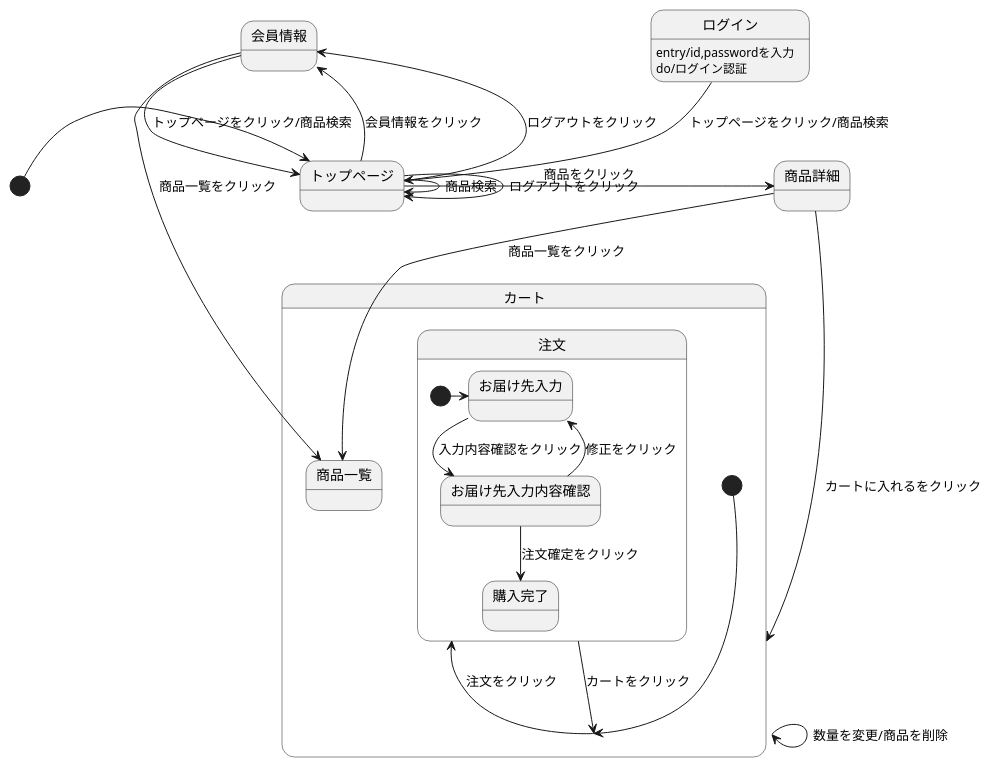
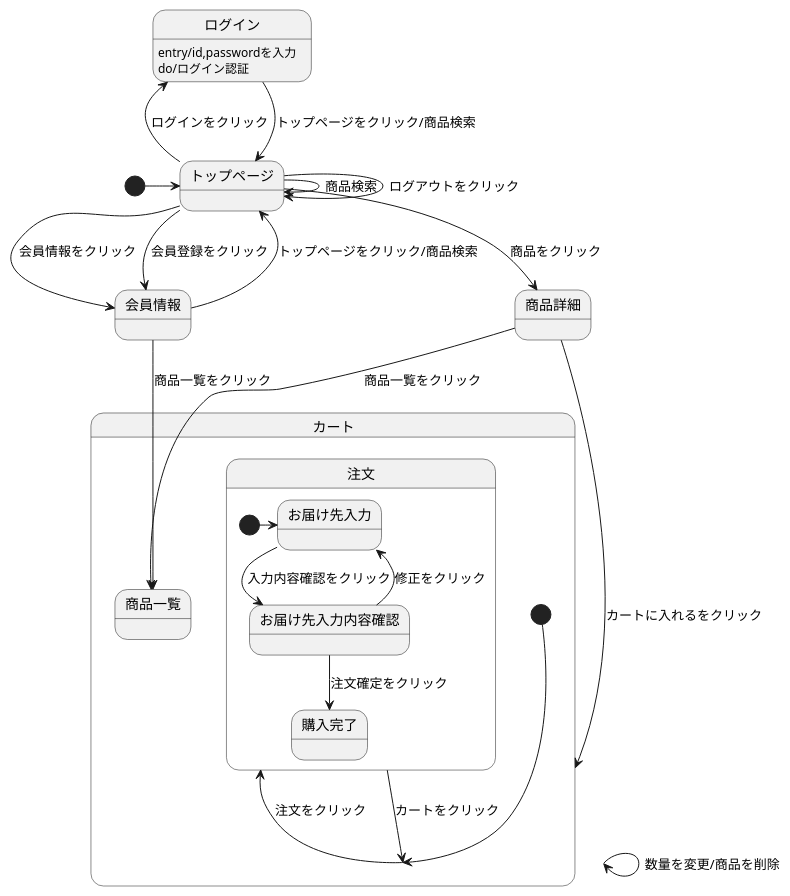
Before and after one commit to Aso2001369/2021sys-design: the diagram in stmmyshop.md, drawn with PlantUML.

````diff
--- a/stmmyshop.md
+++ b/stmmyshop.md
@@ -1,31 +1,32 @@
 ```uml
 @startuml
 
 [*] -> トップページ
 会員情報 --> トップページ : トップページをクリック/商品検索
 ログイン --> トップページ : トップページをクリック/商品検索
 ログイン : entry/id,passwordを入力
 ログイン : do/ログイン認証
 トップページ --> トップページ : ログアウトをクリック
 トップページ -> トップページ : 商品検索
 トップページ -> 商品詳細 : 商品をクリック
-トップページ -left> 会員情報 : ログアウトをクリック
+トップページ -left-> 会員情報 : 会員登録をクリック
+トップページ -left-> ログイン : ログインをクリック
 トップページ -> 会員情報 : 会員情報をクリック
 商品詳細 -> カート : カートに入れるをクリック
 state カート {
 [*] --> カート
 カート -> 注文 : 注文をクリック
 カート -> カート : 数量を変更/商品を削除
 注文 --> カート : カートをクリック
 state 注文 {
 [*] -> お届け先入力
 お届け先入力 --> お届け先入力内容確認 : 入力内容確認をクリック
 お届け先入力内容確認 --> お届け先入力 : 修正をクリック
 お届け先入力内容確認 --> 購入完了 : 注文確定をクリック
 }
 商品詳細 --> 商品一覧 : 商品一覧をクリック
 会員情報 --> 商品一覧 : 商品一覧をクリック
 
 
 @enduml
 ```
````
